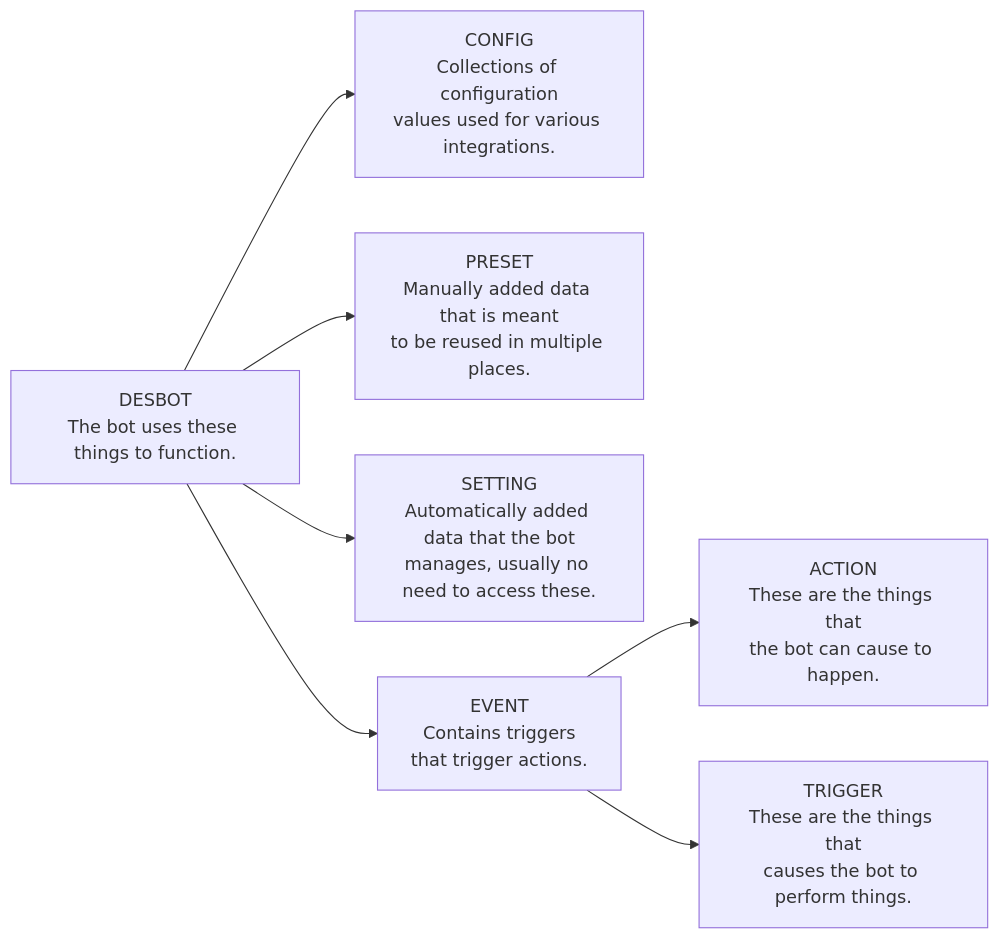
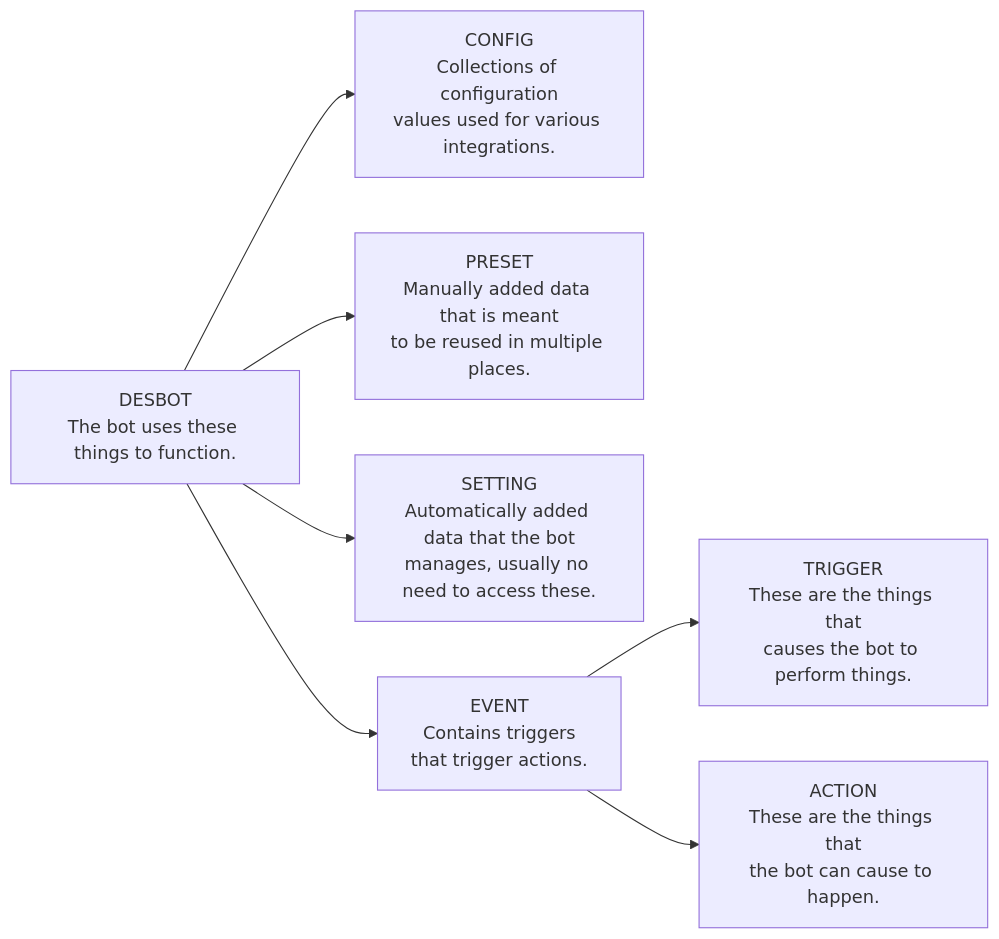
Before and after one commit to BOLL7708/desbot: the first of 2 diagrams in README.md, drawn with Mermaid. The commit also changed other lines of this file, not shown here.

````diff
--- a/README.md
+++ b/README.md
@@ -108,10 +108,10 @@
 ```mermaid
 flowchart LR
     Desbot[DESBOT\nThe bot uses these things to function.]
     Desbot --> Config[CONFIG\nCollections of configuration\nvalues used for various integrations.]
     Desbot --> Preset[PRESET\nManually added data that is meant\nto be reused in multiple places.]
     Desbot --> Setting[SETTING\nAutomatically added data that the bot\nmanages, usually no need to access these.]
     Desbot --> Event[EVENT\nContains triggers\nthat trigger actions.]
+    Event --> Trigger[TRIGGER\nThese are the things that\ncauses the bot to perform things.]
     Event --> Action[ACTION\nThese are the things that\nthe bot can cause to happen.]
-    Event --> Trigger[TRIGGER\nThese are the things that\ncauses the bot to perform things.]
 ```
````
